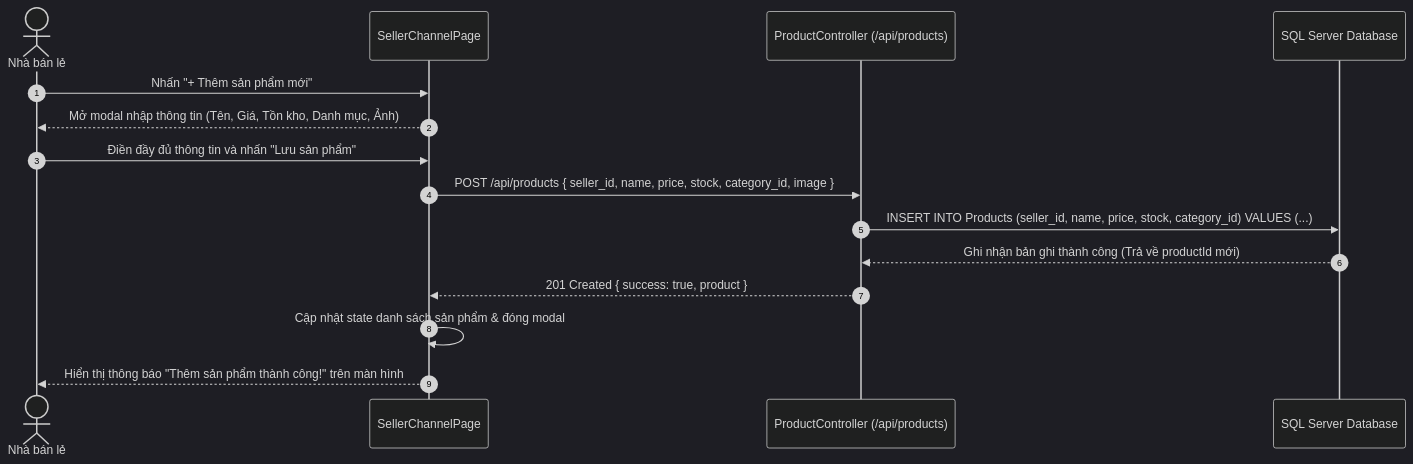
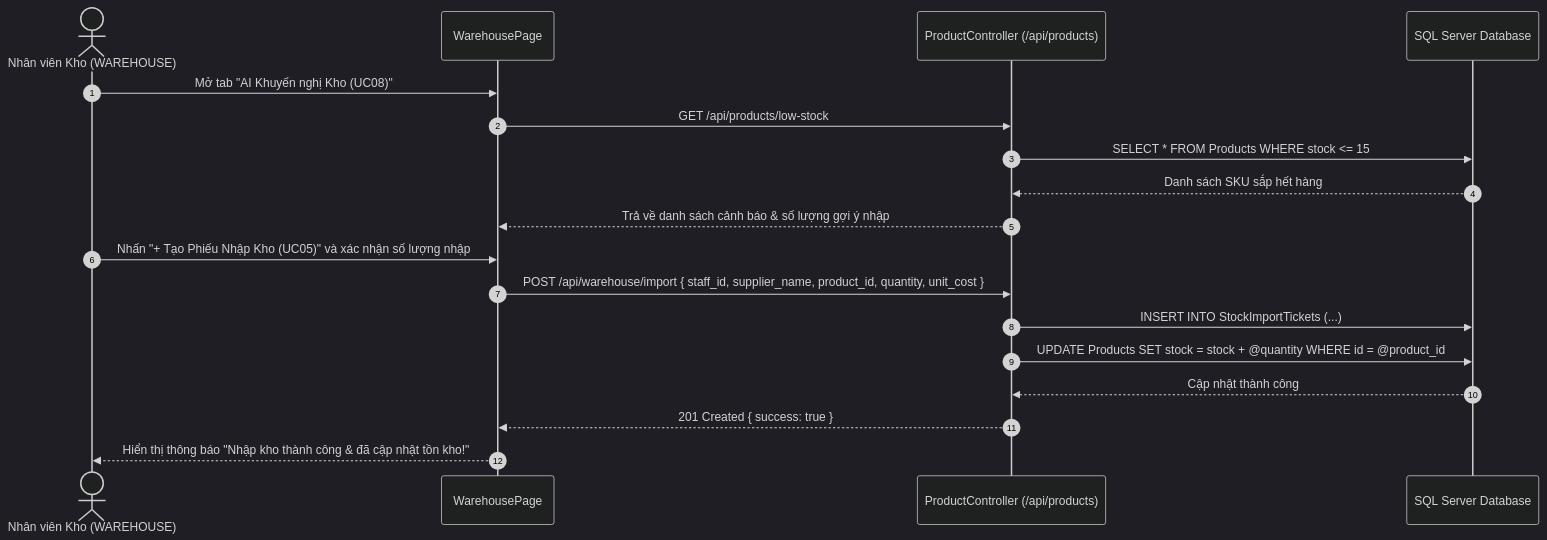
Before and after one commit to Khanhack11/-ng-d-ng-AI: diagram 17 of 20 in docs/SRS_SZSHOP_SPECIFICATION.md, drawn with Mermaid (dark theme). The commit also changed other lines of this file and 53 other files, not shown here.

````diff
--- a/docs/SRS_SZSHOP_SPECIFICATION.md
+++ b/docs/SRS_SZSHOP_SPECIFICATION.md
@@ -884,18 +875,21 @@
 ```mermaid
 sequenceDiagram
     autonumber
-    actor Seller as Nhà bán lẻ
-    participant UI as SellerChannelPage
+    actor Warehouse as Nhân viên Kho (WAREHOUSE)
+    participant UI as WarehousePage
     participant Controller as ProductController (/api/products)
     participant DB as SQL Server Database
 
-    Seller->>UI: Nhấn "+ Thêm sản phẩm mới"
-    UI-->>Seller: Mở modal nhập thông tin (Tên, Giá, Tồn kho, Danh mục, Ảnh)
-    Seller->>UI: Điền đầy đủ thông tin và nhấn "Lưu sản phẩm"
-    UI->>Controller: POST /api/products { seller_id, name, price, stock, category_id, image }
-    Controller->>DB: INSERT INTO Products (seller_id, name, price, stock, category_id) VALUES (...)
-    DB-->>Controller: Ghi nhận bản ghi thành công (Trả về productId mới)
-    Controller-->>UI: 201 Created { success: true, product }
-    UI->>UI: Cập nhật state danh sách sản phẩm & đóng modal
-    UI-->>Seller: Hiển thị thông báo "Thêm sản phẩm thành công!" trên màn hình
+    Warehouse->>UI: Mở tab "AI Khuyến nghị Kho (UC08)"
+    UI->>Controller: GET /api/products/low-stock
+    Controller->>DB: SELECT * FROM Products WHERE stock <= 15
+    DB-->>Controller: Danh sách SKU sắp hết hàng
+    Controller-->>UI: Trả về danh sách cảnh báo & số lượng gợi ý nhập
+    Warehouse->>UI: Nhấn "+ Tạo Phiếu Nhập Kho (UC05)" và xác nhận số lượng nhập
+    UI->>Controller: POST /api/warehouse/import { staff_id, supplier_name, product_id, quantity, unit_cost }
+    Controller->>DB: INSERT INTO StockImportTickets (...)
+    Controller->>DB: UPDATE Products SET stock = stock + @quantity WHERE id = @product_id
+    DB-->>Controller: Cập nhật thành công
+    Controller-->>UI: 201 Created { success: true }
+    UI-->>Warehouse: Hiển thị thông báo "Nhập kho thành công & đã cập nhật tồn kho!"
 ```
````
